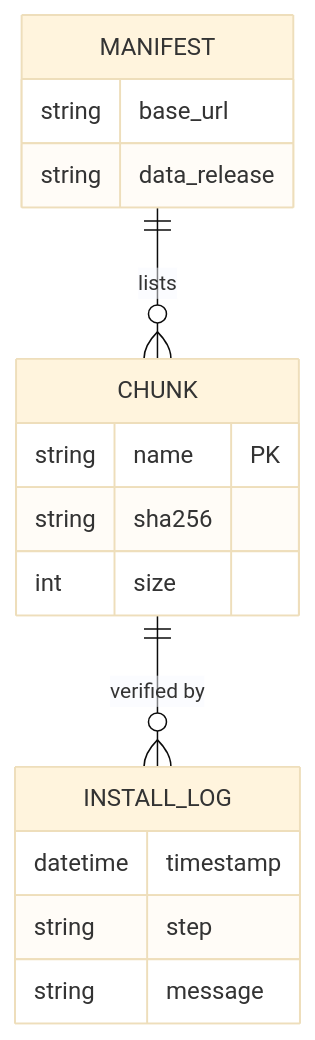
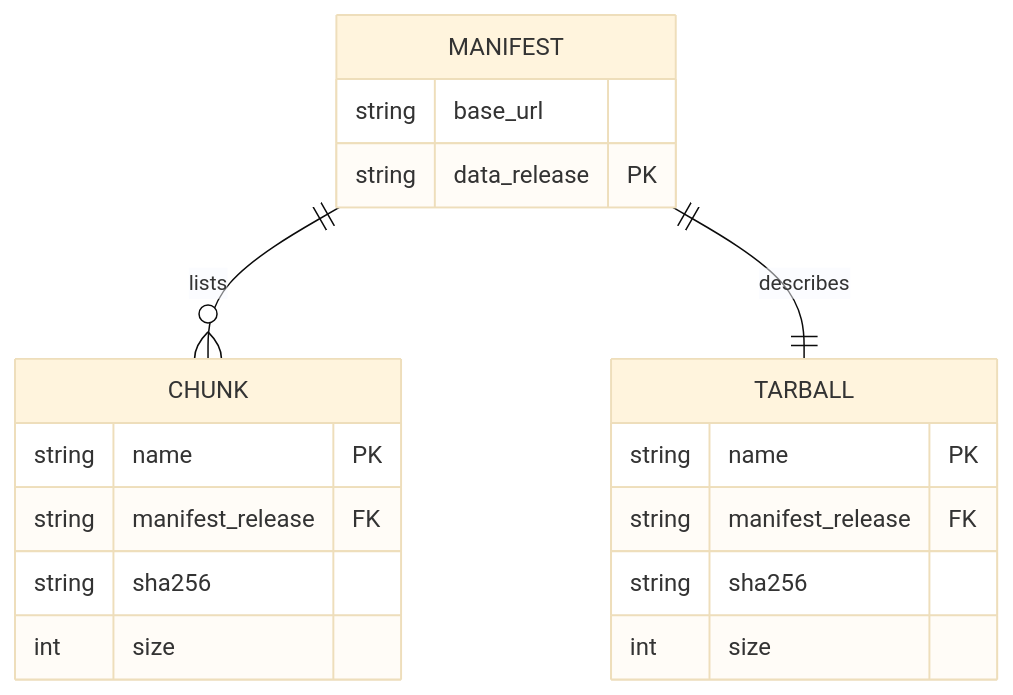
One commit to cosbykit-afk/lampy-installer changed the third of 3 diagrams in docs/architecture.md. Above: the diagram before and after it, drawn with Mermaid (base theme). The commit also changed other lines of this file, not shown here.

Commit message:
docs: improve architecture diagrams — grounded context, DFD, and ERD

````diff
--- a/docs/architecture.md
+++ b/docs/architecture.md
@@ -66,19 +113,21 @@
 ```mermaid
 erDiagram
     MANIFEST {
         string base_url
-        string data_release
+        string data_release PK
     }
     CHUNK {
         string name PK
+        string manifest_release FK
         string sha256
         int size
     }
-    INSTALL_LOG {
-        datetime timestamp
-        string step
-        string message
+    TARBALL {
+        string name PK
+        string manifest_release FK
+        string sha256
+        int size
     }
     MANIFEST ||--o{ CHUNK : lists
-    CHUNK ||--o{ INSTALL_LOG : "verified by"
+    MANIFEST ||--|| TARBALL : describes
 ```
````
